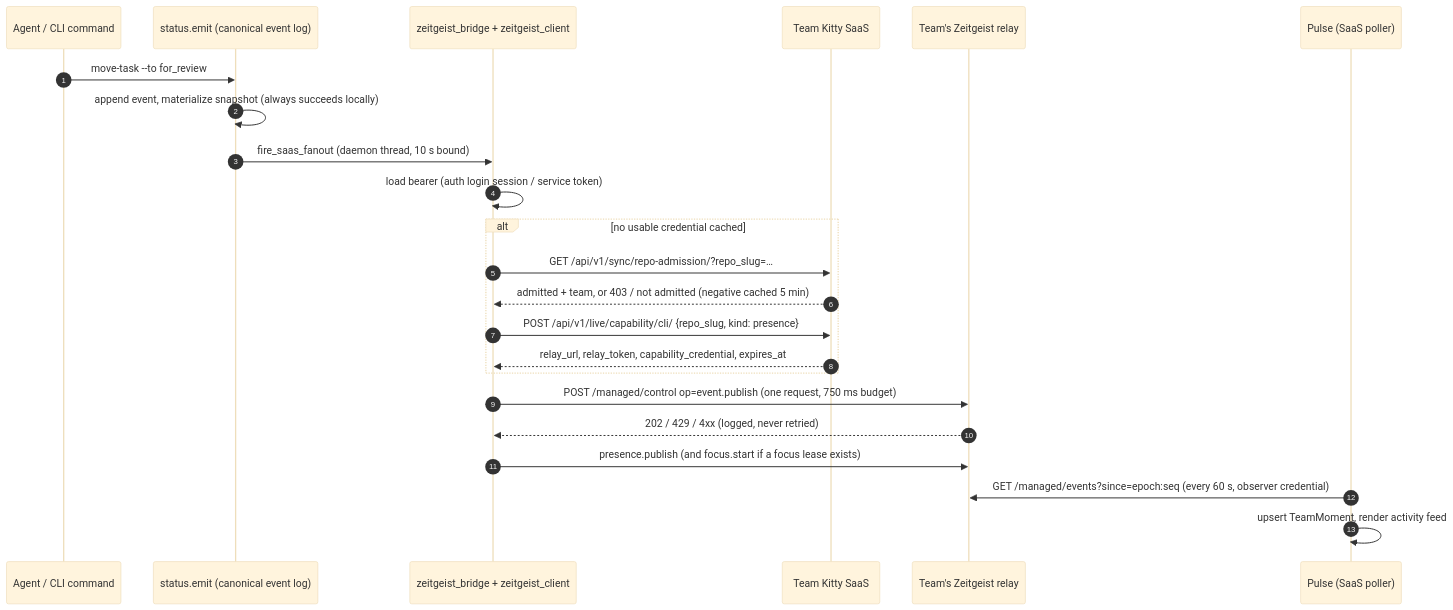
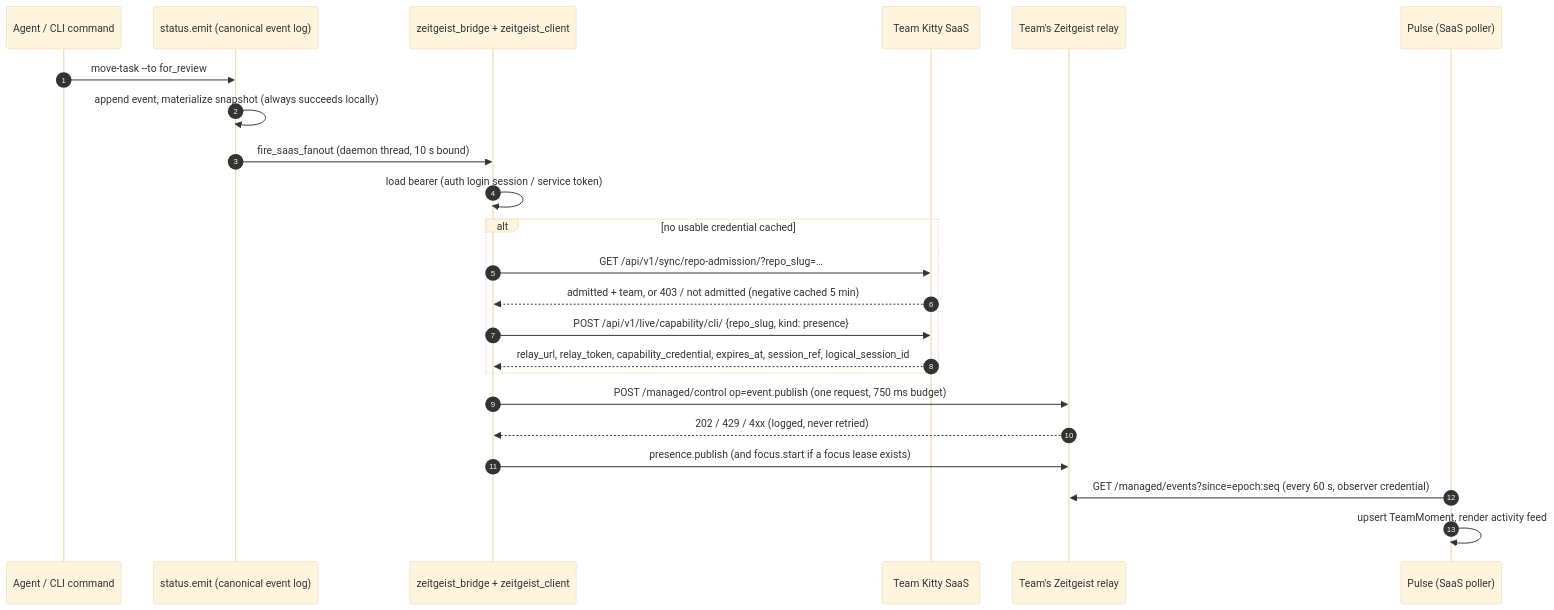
The diagram in docs/context/team-kitty.md (DevShoaib78/spec-kitty), drawn with Mermaid (base theme) before and after one commit. The commit also changed other lines of this file and 20 other files, not shown here.

````diff
--- a/docs/context/team-kitty.md
+++ b/docs/context/team-kitty.md
@@ -76,26 +76,26 @@
 ```mermaid
 sequenceDiagram
     autonumber
     participant A as Agent / CLI command
     participant E as status.emit (canonical event log)
     participant Z as zeitgeist_bridge + zeitgeist_client
     participant S as Team Kitty SaaS
     participant R as Team's Zeitgeist relay
     participant P as Pulse (SaaS poller)
 
     A->>E: move-task --to for_review
     E->>E: append event, materialize snapshot (always succeeds locally)
     E->>Z: fire_saas_fanout (daemon thread, 10 s bound)
     Z->>Z: load bearer (auth login session / service token)
     alt no usable credential cached
         Z->>S: GET /api/v1/sync/repo-admission/?repo_slug=…
         S-->>Z: admitted + team, or 403 / not admitted (negative cached 5 min)
         Z->>S: POST /api/v1/live/capability/cli/ {repo_slug, kind: presence}
-        S-->>Z: relay_url, relay_token, capability_credential, expires_at
+        S-->>Z: relay_url, relay_token, capability_credential, expires_at, session_ref, logical_session_id
     end
     Z->>R: POST /managed/control op=event.publish (one request, 750 ms budget)
     R-->>Z: 202 / 429 / 4xx (logged, never retried)
     Z->>R: presence.publish (and focus.start if a focus lease exists)
     P->>R: GET /managed/events?since=epoch:seq (every 60 s, observer credential)
     P->>P: upsert TeamMoment, render activity feed
 ```
````
